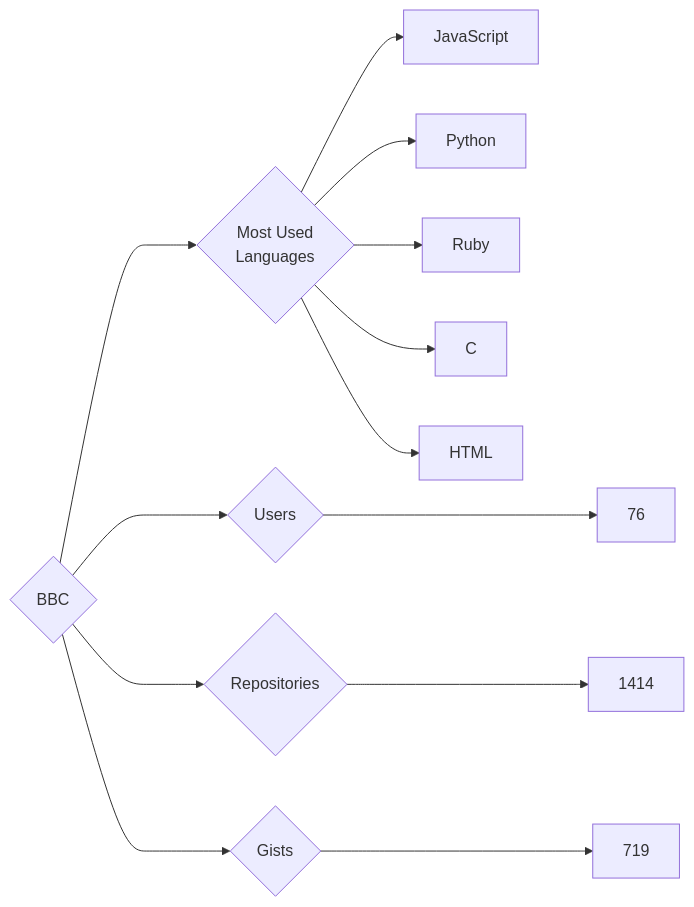
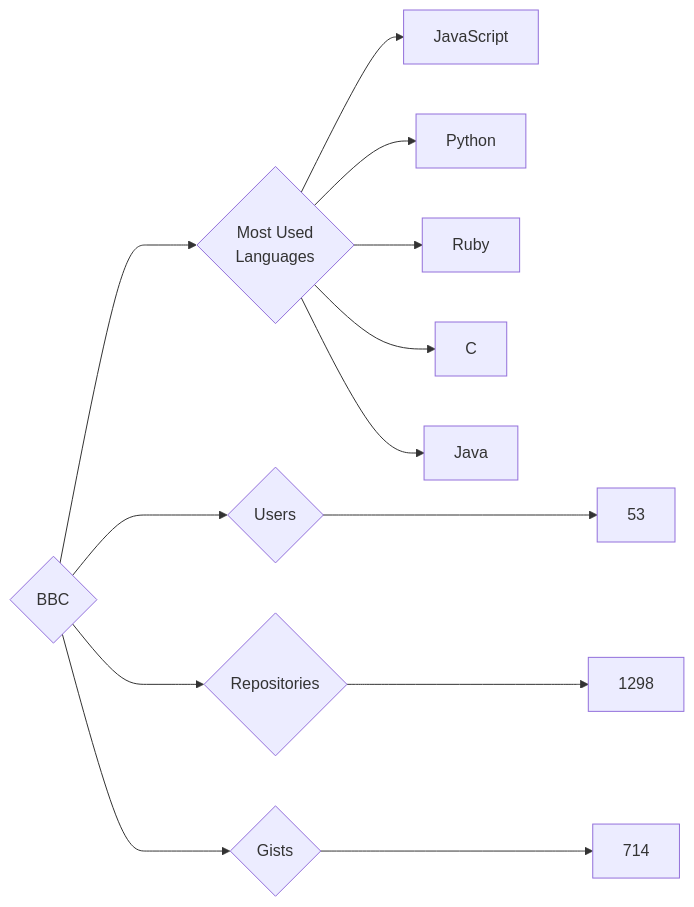
Before and after one commit to trickest/insiders: the diagram in targets/BBC/README.md, drawn with Mermaid. The commit also changed 899 other files, not shown here.

````diff
--- a/targets/BBC/README.md
+++ b/targets/BBC/README.md
@@ -3,13 +3,13 @@
 ```mermaid
 graph LR
 COMPANY_NAME{BBC}
-COMPANY_NAME ---> U{Users} ---> UN[76]
-COMPANY_NAME ---> R{Repositories} ---> RN[1414]
-COMPANY_NAME ---> G{Gists} ---> GN[719]
+COMPANY_NAME ---> U{Users} ---> UN[53]
+COMPANY_NAME ---> R{Repositories} ---> RN[1298]
+COMPANY_NAME ---> G{Gists} ---> GN[714]
 COMPANY_NAME ---> ML{Most Used<br>Languages}
 ML --> JavaScript[JavaScript]
 ML --> Python[Python]
 ML --> Ruby[Ruby]
 ML --> C[C]
-ML --> HTML[HTML]
+ML --> Java[Java]
 ```
````
